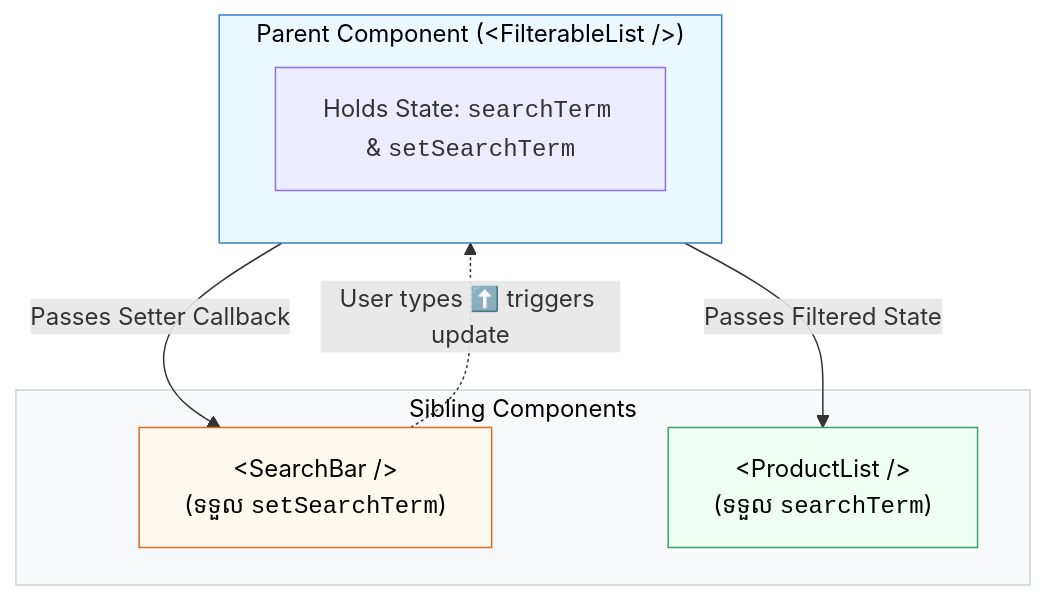
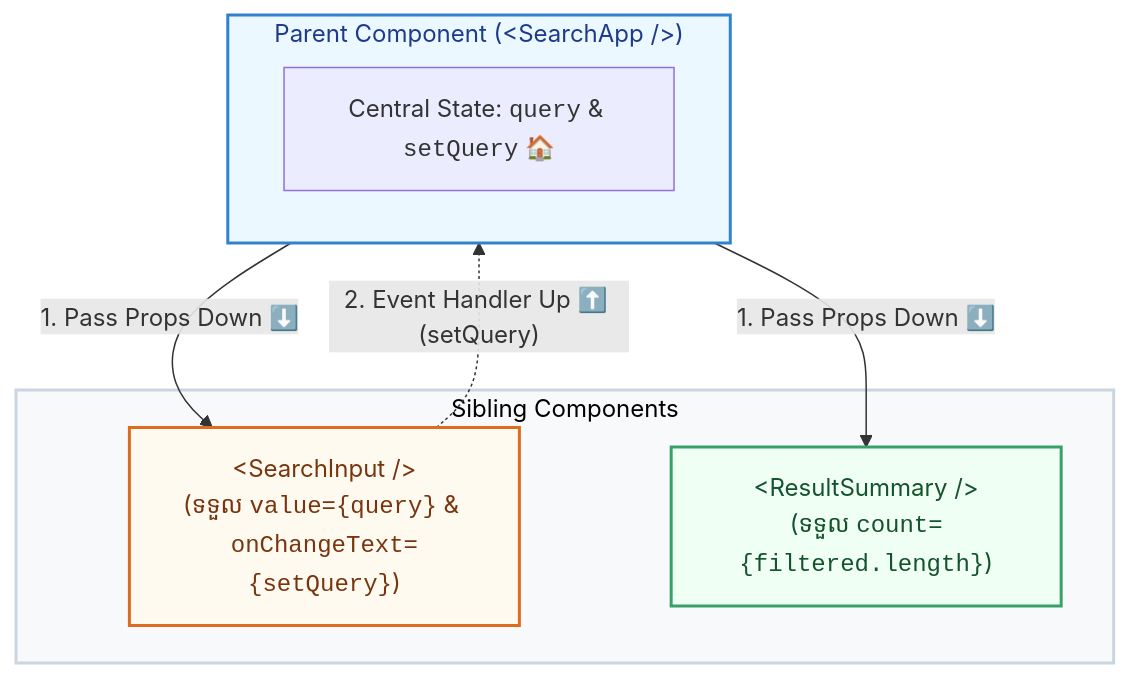
One commit to Ari-ICU/full-stack-short-coures changed the diagram in src/courses/react/module-3-state-events/04-lifting-state-up.mdx. Above: the diagram before and after it, drawn with Mermaid. The commit also changed other lines of this file and 6 other files, not shown here.

````diff
--- a/src/courses/react/module-3-state-events/04-lifting-state-up.mdx
+++ b/src/courses/react/module-3-state-events/04-lifting-state-up.mdx
@@ -29,20 +41,20 @@
 ```mermaid
 flowchart TD
-    subgraph Parent["Parent Component (&lt;FilterableList /&gt;)"]
-        State["Holds State: <code>searchTerm</code> &amp; <code>setSearchTerm</code>"]
+    subgraph Parent["Parent Component (&lt;SearchApp /&gt;)"]
+        State["Central State: <code>query</code> &amp; <code>setQuery</code> 🏠"]
     end
 
     subgraph Children["Sibling Components"]
-        ChildA["&lt;SearchBar /&gt;<br>(ទទួល <code>setSearchTerm</code>)"]
-        ChildB["&lt;ProductList /&gt;<br>(ទទួល <code>searchTerm</code>)"]
+        ChildA["&lt;SearchInput /&gt;<br/>(ទទួល <code>value={query}</code> &amp; <code>onChangeText={setQuery}</code>)"]
+        ChildB["&lt;ResultSummary /&gt;<br/>(ទទួល <code>count={filtered.length}</code>)"]
     end
 
-    Parent -->|Passes Setter Callback| ChildA
-    Parent -->|Passes Filtered State| ChildB
-    ChildA -.->|User types ⬆️ triggers update| Parent
+    Parent -->|"1. Pass Props Down ⬇️"| ChildA
+    Parent -->|"1. Pass Props Down ⬇️"| ChildB
+    ChildA -.->|"2. Event Handler Up ⬆️ (setQuery)"| Parent
 
-    style Parent fill:#ebf8ff,stroke:#3182ce,color:#000
-    style Children fill:#f8f9fa,stroke:#ced4da,color:#000
-    style ChildA fill:#fffaf0,stroke:#dd6b20,color:#000
-    style ChildB fill:#f0fff4,stroke:#38a169,color:#000
+    style Parent fill:#ebf8ff,stroke:#3182ce,stroke-width:2px,color:#1e3a8a
+    style Children fill:#f8f9fa,stroke:#cbd5e1,stroke-width:2px,color:#000
+    style ChildA fill:#fffaf0,stroke:#dd6b20,stroke-width:2px,color:#78350f
+    style ChildB fill:#f0fff4,stroke:#38a169,stroke-width:2px,color:#14532d
 ```
````
